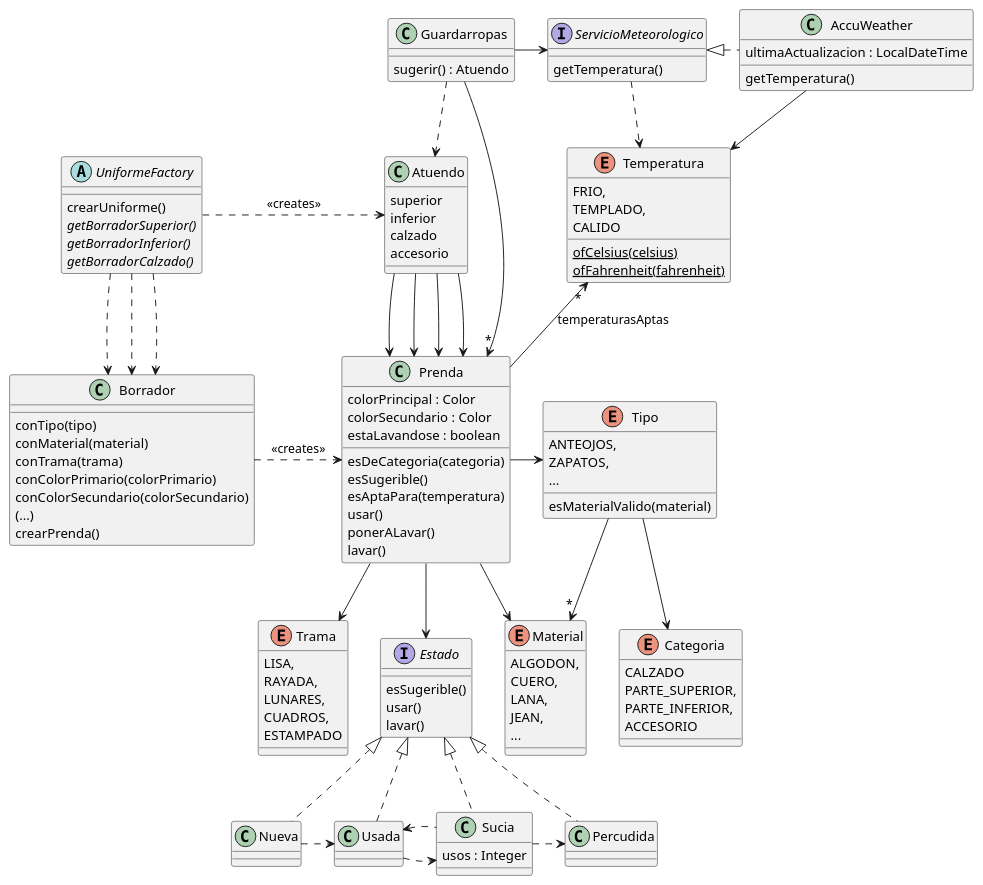
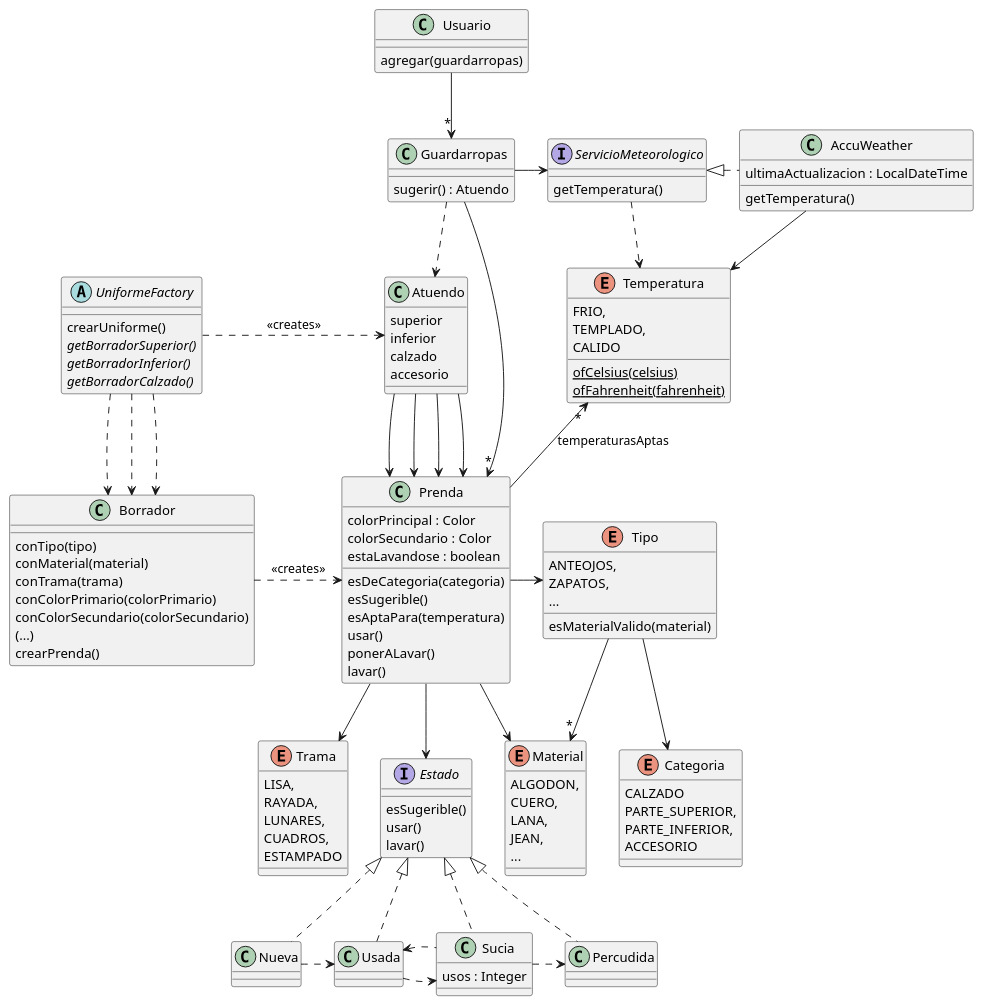
Before and after one commit to RaniAgus/dds-2022: the diagram in docs/diagramas/iteracion-5.puml, drawn with PlantUML. The commit also changed 2 other files, not shown here.

Commit message:
agrego clase Usuario

```diff
--- a/docs/diagramas/iteracion-5.puml
+++ b/docs/diagramas/iteracion-5.puml
@@ -1,141 +1,147 @@
 @startuml iteracion-5
+
+class Usuario {
+    agregar(guardarropas)
+}
+
+Usuario --> "*" Guardarropas
 
 class Guardarropas {
   sugerir() : Atuendo
 }
 
 Guardarropas ..> Atuendo
 Guardarropas -right-> "*" Prenda
 Guardarropas -right-> ServicioMeteorologico
 
 interface ServicioMeteorologico {
     getTemperatura()
 }
 
 ServicioMeteorologico ..> Temperatura
 
 ServicioMeteorologico <|.right. AccuWeather
 
 class AccuWeather {
     ultimaActualizacion : LocalDateTime
     getTemperatura()
 }
 
 AccuWeather --> Temperatura
 
 enum Temperatura {
     FRIO,
     TEMPLADO,
     CALIDO
     {static} ofCelsius(celsius)
     {static} ofFahrenheit(fahrenheit)
 }
 
 abstract UniformeFactory {
   crearUniforme()
   {abstract} getBorradorSuperior()
   {abstract} getBorradorInferior()
   {abstract} getBorradorCalzado()
 }
 
 UniformeFactory .right.> Atuendo : <<creates>>
 UniformeFactory ..> Borrador
 UniformeFactory ..> Borrador
 UniformeFactory ..> Borrador
 
 class Atuendo {
    superior
    inferior
    calzado
    accesorio
 }
 
 Atuendo --> Prenda
 Atuendo --> Prenda
 Atuendo --> Prenda
 Atuendo --> Prenda
 
 class Borrador {
   conTipo(tipo)
   conMaterial(material)
   conTrama(trama)
   conColorPrimario(colorPrimario)
   conColorSecundario(colorSecundario)
   (...)
   crearPrenda()
 }
 
 Borrador .right.> Prenda : <<creates>>
 
 class Prenda {
  colorPrincipal : Color
  colorSecundario : Color
  estaLavandose : boolean
  esDeCategoria(categoria)
  esSugerible()
  esAptaPara(temperatura)
  usar()
  ponerALavar()
  lavar()
 }
 
 Prenda -up-> "*" Temperatura : "temperaturasAptas"
 Prenda -right-> Tipo
 Prenda --> Material
 Prenda --> Trama
 Prenda --> Estado
 
 enum Material {
   ALGODON,
   CUERO,
   LANA,
   JEAN,
   ...
 }
 
 enum Trama {
   LISA,
   RAYADA,
   LUNARES,
   CUADROS,
   ESTAMPADO
 }
 
 enum Tipo {
   ANTEOJOS,
   ZAPATOS,
   ...
   esMaterialValido(material)
 }
 
 Tipo --> "*" Material
 Tipo --> Categoria
 
 enum Categoria {
   CALZADO
   PARTE_SUPERIOR,
   PARTE_INFERIOR,
   ACCESORIO
 }
 
 interface Estado {
  esSugerible()
  usar()
  lavar()
 }
 
 Estado <|.. Nueva
 Estado <|.. Usada
 Estado <|.. Sucia
 Estado <|.. Percudida
 
 Nueva .right.> Usada
 Usada .right.> Sucia
 Sucia .left.> Usada
 Sucia .right.> Percudida
 
 class Sucia {
   usos : Integer
 }
 
 @enduml
```
